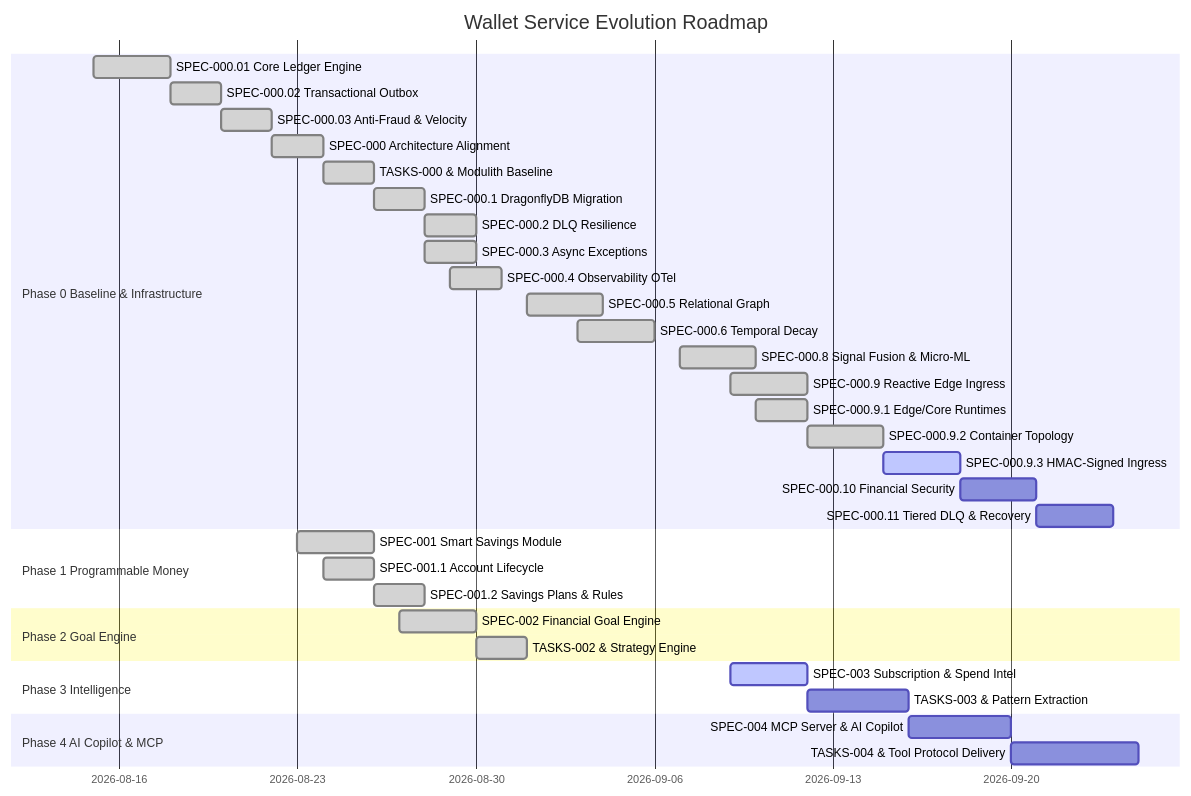
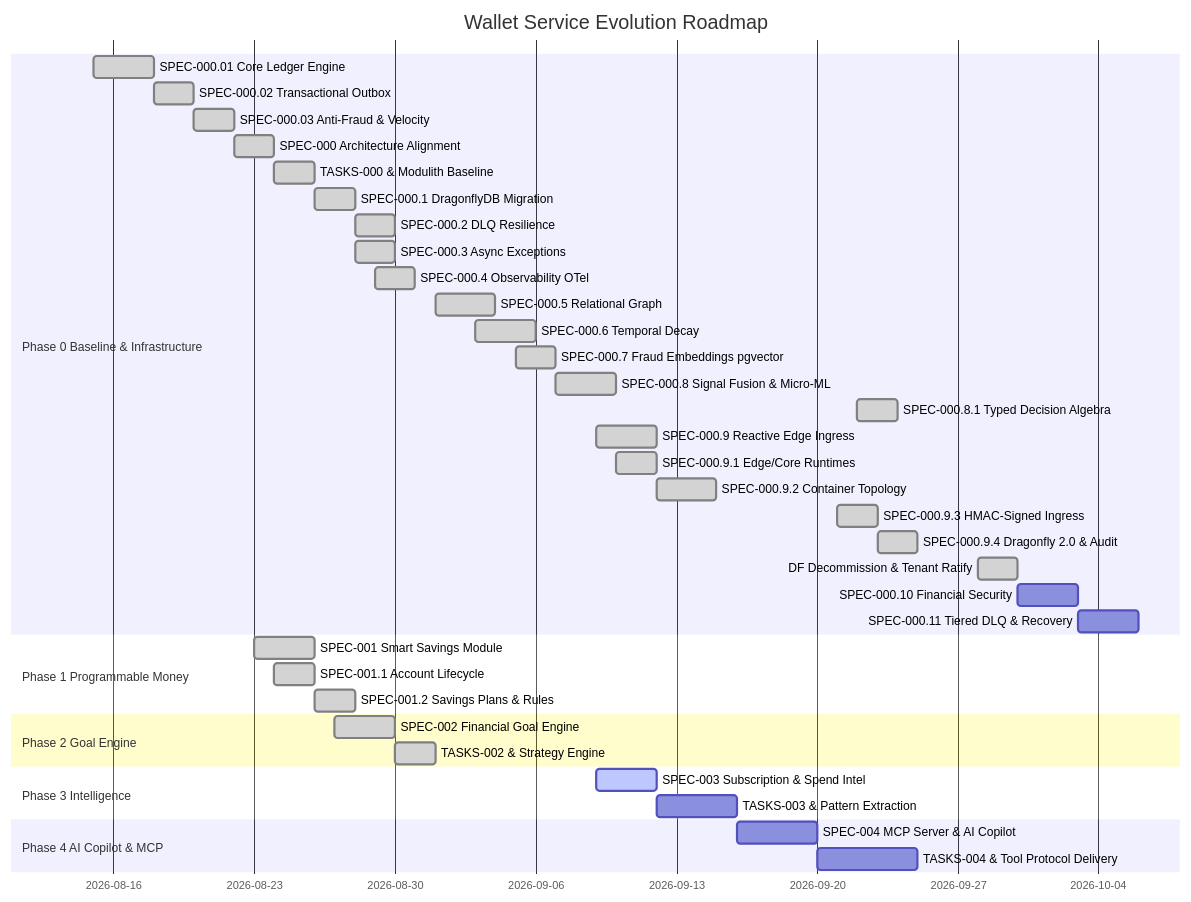
The diagram in .spec/ROADMAP.md (kyogoiano/wallet), drawn with Mermaid before and after one commit. The commit also changed other lines of this file, not shown here.

Commit message:
roadmap updates

````diff
--- a/.spec/ROADMAP.md
+++ b/.spec/ROADMAP.md
@@ -111,37 +111,41 @@
 ```mermaid
 gantt
     title Wallet Service Evolution Roadmap
     dateFormat  YYYY-MM-DD
     section Phase 0 Baseline & Infrastructure
     SPEC-000.01 Core Ledger Engine      :done, p00_01, 2026-08-15, 3d
     SPEC-000.02 Transactional Outbox    :done, p00_02, 2026-08-18, 2d
     SPEC-000.03 Anti-Fraud & Velocity   :done, p00_03, 2026-08-20, 2d
     SPEC-000 Architecture Alignment     :done, p00_1, 2026-08-22, 2d
     TASKS-000 & Modulith Baseline       :done, p00_2, after p00_1, 2d
     SPEC-000.1 DragonflyDB Migration    :done, p00_3, 2026-08-26, 2d
     SPEC-000.2 DLQ Resilience           :done, p00_4, 2026-08-28, 2d
     SPEC-000.3 Async Exceptions         :done, p00_5, 2026-08-28, 2d
     SPEC-000.4 Observability OTel       :done, p00_6, 2026-08-29, 2d
     SPEC-000.5 Relational Graph         :done, p00_7, 2026-09-01, 3d
     SPEC-000.6 Temporal Decay           :done, p00_8, 2026-09-03, 3d
+    SPEC-000.7 Fraud Embeddings pgvector:done, p00_9, 2026-09-05, 2d
     SPEC-000.8 Signal Fusion & Micro-ML :done, p00_10, 2026-09-07, 3d
+    SPEC-000.8.1 Typed Decision Algebra :done, p00_10_1, 2026-09-22, 2d
     SPEC-000.9 Reactive Edge Ingress    :done, p00_11, 2026-09-09, 3d
     SPEC-000.9.1 Edge/Core Runtimes     :done, p00_11_1, 2026-09-10, 2d
     SPEC-000.9.2 Container Topology     :done, p00_11_2, after p00_11_1, 3d
-    SPEC-000.9.3 HMAC-Signed Ingress    :active, p00_11_3, after p00_11_2, 3d
-    SPEC-000.10 Financial Security      :p00_12, after p00_11_3, 3d
+    SPEC-000.9.3 HMAC-Signed Ingress    :done, p00_11_3, 2026-09-21, 2d
+    SPEC-000.9.4 Dragonfly 2.0 & Audit  :done, p00_11_4, 2026-09-23, 2d
+    DF Decommission & Tenant Ratify     :done, p00_11_5, 2026-09-28, 2d
+    SPEC-000.10 Financial Security      :p00_12, after p00_11_5, 3d
     SPEC-000.11 Tiered DLQ & Recovery   :p00_13, after p00_12, 3d
     section Phase 1 Programmable Money
     SPEC-001 Smart Savings Module       :done, p1_1, 2026-08-23, 3d
     SPEC-001.1 Account Lifecycle        :done, p1_2, 2026-08-24, 2d
     SPEC-001.2 Savings Plans & Rules    :done, p1_3, 2026-08-26, 2d
     section Phase 2 Goal Engine
     SPEC-002 Financial Goal Engine      :done, p2_1, 2026-08-27, 3d
     TASKS-002 & Strategy Engine         :done, p2_2, after p2_1, 2d
     section Phase 3 Intelligence
     SPEC-003 Subscription & Spend Intel :active, p3_1, 2026-09-09, 3d
     TASKS-003 & Pattern Extraction      :p3_2, after p3_1, 4d
     section Phase 4 AI Copilot & MCP
     SPEC-004 MCP Server & AI Copilot    :p4_1, after p3_2, 4d
     TASKS-004 & Tool Protocol Delivery  :p4_2, after p4_1, 5d
 ```
````
